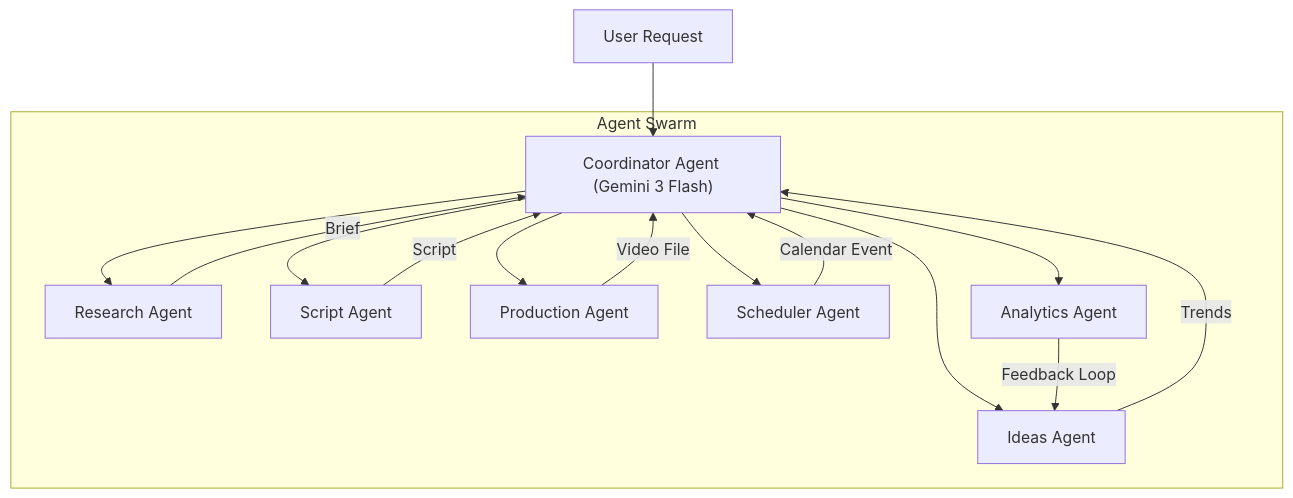
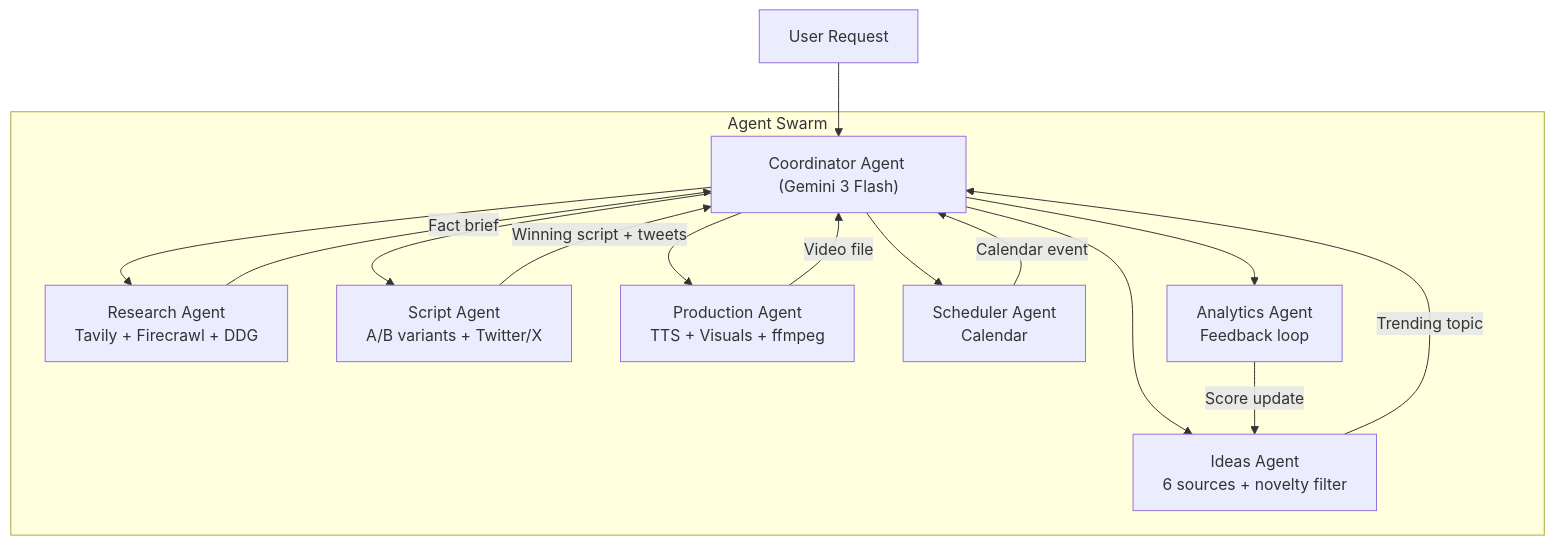
The diagram in README.md (Naazimsnh02/content-pipeline-agents), drawn with Mermaid before and after one commit. The commit also changed other lines of this file and 82 other files, not shown here.

````diff
--- a/README.md
+++ b/README.md
@@ -36,20 +46,20 @@
 ```mermaid
 graph TD
     User["User Request"] --> Coord["Coordinator Agent (Gemini 3 Flash)"]
-    
+
     subgraph "Agent Swarm"
-        Coord --> Ideas["Ideas Agent"]
-        Coord --> Research["Research Agent"]
-        Coord --> Script["Script Agent"]
-        Coord --> Production["Production Agent"]
-        Coord --> Scheduler["Scheduler Agent"]
-        Coord --> Analytics["Analytics Agent"]
+        Coord --> Ideas["Ideas Agent\n6 sources + novelty filter"]
+        Coord --> Research["Research Agent\nTavily + Firecrawl + DDG"]
+        Coord --> Script["Script Agent\nA/B variants + Twitter/X"]
+        Coord --> Production["Production Agent\nTTS + Visuals + ffmpeg"]
+        Coord --> Scheduler["Scheduler Agent\nCalendar"]
+        Coord --> Analytics["Analytics Agent\nFeedback loop"]
     end
 
-    Ideas --> |Trends| Coord
-    Research --> |Brief| Coord
-    Script --> |Script| Coord
-    Production --> |Video File| Coord
-    Scheduler --> |Calendar Event| Coord
-    Analytics --> |Feedback Loop| Ideas
+    Ideas --> |Trending topic| Coord
+    Research --> |Fact brief| Coord
+    Script --> |Winning script + tweets| Coord
+    Production --> |Video file| Coord
+    Scheduler --> |Calendar event| Coord
+    Analytics --> |Score update| Ideas
 ```
````
